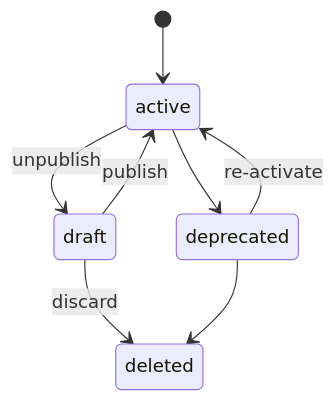
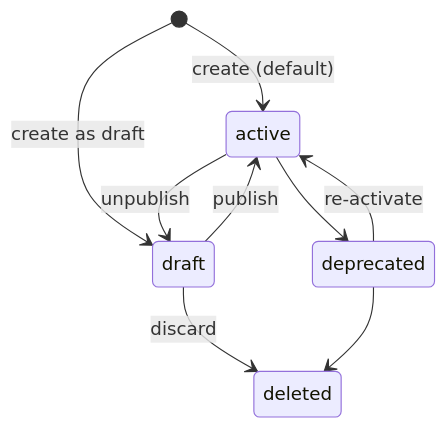
Before and after one commit to jwm4/rfcs: the second of 2 diagrams in rfcs/0008-mvp-skill-registry/0008-mvp-skill-registry.md, drawn with Mermaid. The commit also changed other lines of this file and 1 other file, not shown here.

````diff
--- a/rfcs/0008-mvp-skill-registry/0008-mvp-skill-registry.md
+++ b/rfcs/0008-mvp-skill-registry/0008-mvp-skill-registry.md
@@ -673,10 +673,11 @@
 ```mermaid
 stateDiagram-v2
-    [*] --> active
+    [*] --> active : create (default)
+    [*] --> draft : create as draft
     active --> draft : unpublish
     active --> deprecated
     draft --> active : publish
     draft --> deleted : discard
     deprecated --> active : re-activate
     deprecated --> deleted
 ```
````
